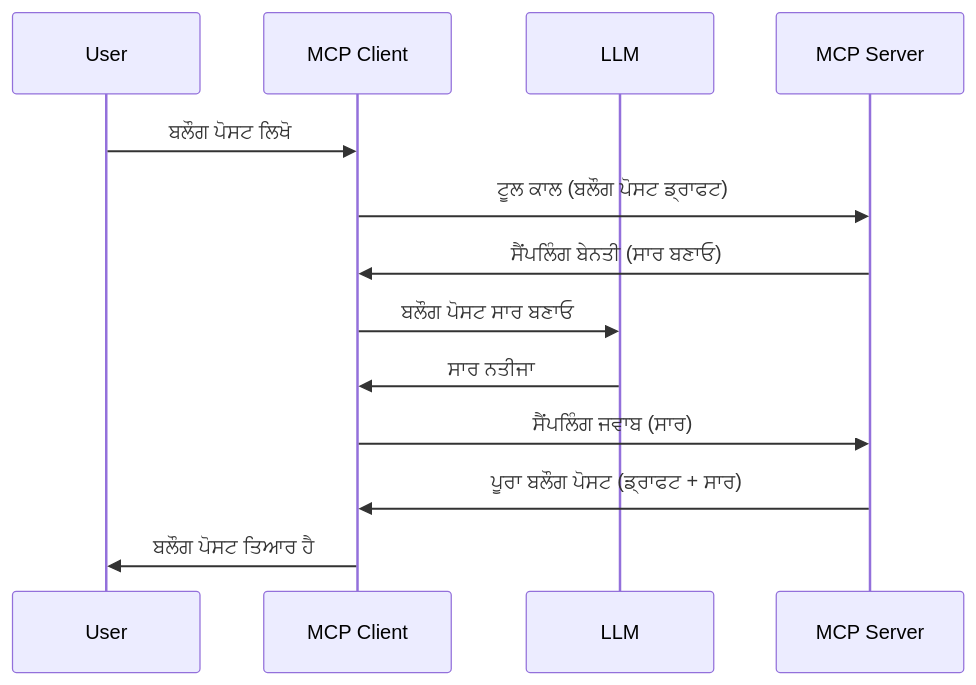
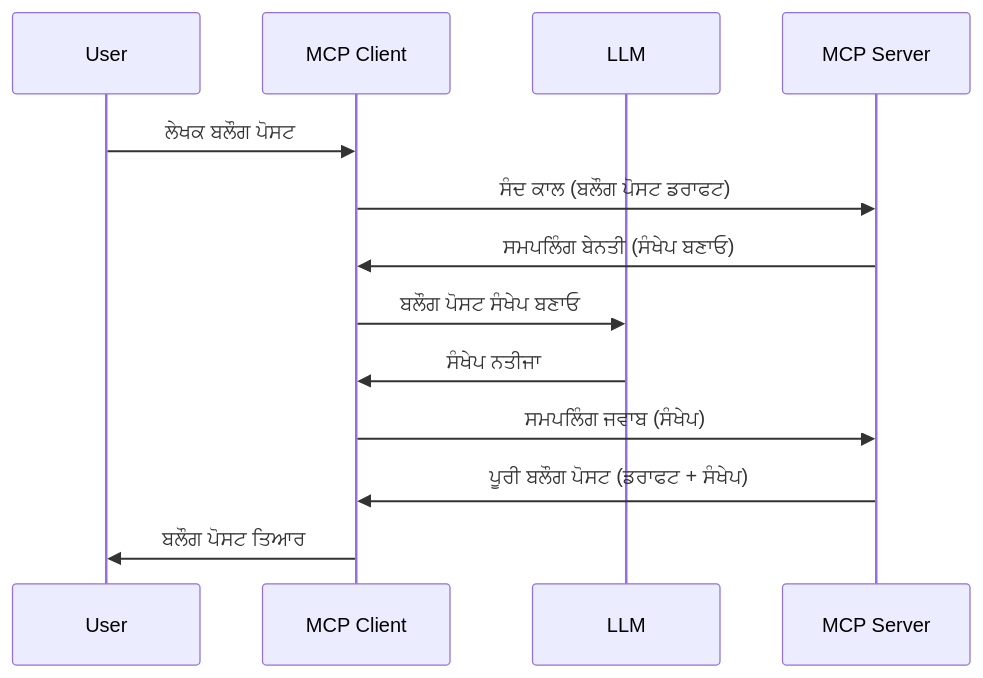
One commit to HIDORAKAI002/ai-workspace-archive changed the diagram in mcp_ecosystem__model_context_protocol/mcp_learning_resources/mcp-for-beginners/translations/pa/03-GettingStarted/14-sampling/README.md. Above: the diagram before and after it, drawn with Mermaid. The commit also changed other lines of this file and 1046 other files, not shown here.

````diff
--- a/mcp_ecosystem__model_context_protocol/mcp_learning_resources/mcp-for-beginners/translations/pa/03-GettingStarted/14-sampling/README.md
+++ b/mcp_ecosystem__model_context_protocol/mcp_learning_resources/mcp-for-beginners/translations/pa/03-GettingStarted/14-sampling/README.md
@@ -23,16 +25,16 @@
 ```mermaid
 sequenceDiagram
     participant User
     participant MCP Client
     participant LLM
     participant MCP Server
 
-    User->>MCP Client: ਬਲੌਗ ਪੋਸਟ ਲਿਖੋ
-    MCP Client->>MCP Server: ਟੂਲ ਕਾਲ (ਬਲੌਗ ਪੋਸਟ ਡ੍ਰਾਫਟ)
-    MCP Server->>MCP Client: ਸੈਂਪਲਿੰਗ ਬੇਨਤੀ (ਸਾਰ ਬਣਾਓ)
-    MCP Client->>LLM: ਬਲੌਗ ਪੋਸਟ ਸਾਰ ਬਣਾਓ
-    LLM->>MCP Client: ਸਾਰ ਨਤੀਜਾ
-    MCP Client->>MCP Server: ਸੈਂਪਲਿੰਗ ਜਵਾਬ (ਸਾਰ)
-    MCP Server->>MCP Client: ਪੂਰਾ ਬਲੌਗ ਪੋਸਟ (ਡ੍ਰਾਫਟ + ਸਾਰ)
-    MCP Client->>User: ਬਲੌਗ ਪੋਸਟ ਤਿਆਰ ਹੈ
+    User->>MCP Client: ਲੇਖਕ ਬਲੌਗ ਪੋਸਟ
+    MCP Client->>MCP Server: ਸੰਦ ਕਾਲ (ਬਲੌਗ ਪੋਸਟ ਡਰਾਫਟ)
+    MCP Server->>MCP Client: ਸਮਪਲਿੰਗ ਬੇਨਤੀ (ਸੰਖੇਪ ਬਣਾਓ)
+    MCP Client->>LLM: ਬਲੌਗ ਪੋਸਟ ਸੰਖੇਪ ਬਣਾਓ
+    LLM->>MCP Client: ਸੰਖੇਪ ਨਤੀਜਾ
+    MCP Client->>MCP Server: ਸਮਪਲਿੰਗ ਜਵਾਬ (ਸੰਖੇਪ)
+    MCP Server->>MCP Client: ਪੂਰੀ ਬਲੌਗ ਪੋਸਟ (ਡਰਾਫਟ + ਸੰਖੇਪ)
+    MCP Client->>User: ਬਲੌਗ ਪੋਸਟ ਤਿਆਰ
 ```
````
